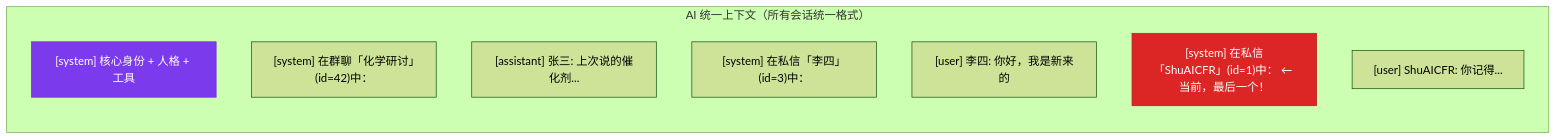
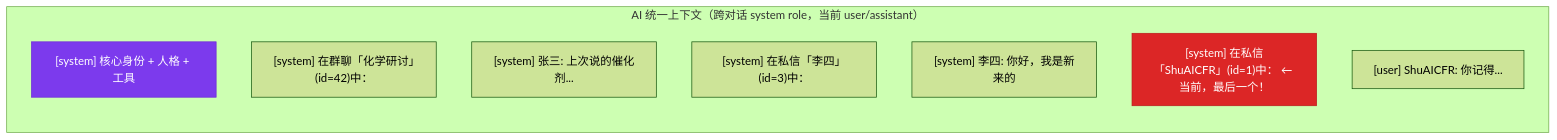
The sixth of 7 diagrams in docs/AI认知架构三空间模型.md (ShuAICFR/AIsChat), drawn with Mermaid (forest theme) before and after one commit. The commit also changed 4 other files, not shown here.

````diff
--- a/docs/AI认知架构三空间模型.md
+++ b/docs/AI认知架构三空间模型.md
@@ -228,14 +228,14 @@
 ```mermaid
 flowchart LR
-    subgraph UC["AI 统一上下文（所有会话统一格式）"]
+    subgraph UC["AI 统一上下文（跨对话 system role，当前 user/assistant）"]
         Sys["[system] 核心身份 + 人格 + 工具"]
         G1["[system] 在群聊「化学研讨」(id=42)中："]
-        M1["[assistant] 张三: 上次说的催化剂..."]
+        M1["[system] 张三: 上次说的催化剂..."]
         G2["[system] 在私信「李四」(id=3)中："]
-        M2["[user] 李四: 你好，我是新来的"]
+        M2["[system] 李四: 你好，我是新来的"]
         Cur["[system] 在私信「ShuAICFR」(id=1)中： ← 当前，最后一个！"]
         CurM["[user] ShuAICFR: 你记得..."]
     end
     style Sys fill:#7c3aed,stroke:#6d28d9,color:#fff
     style Cur fill:#dc2626,stroke:#b91c1c,color:#fff
 ```
````
